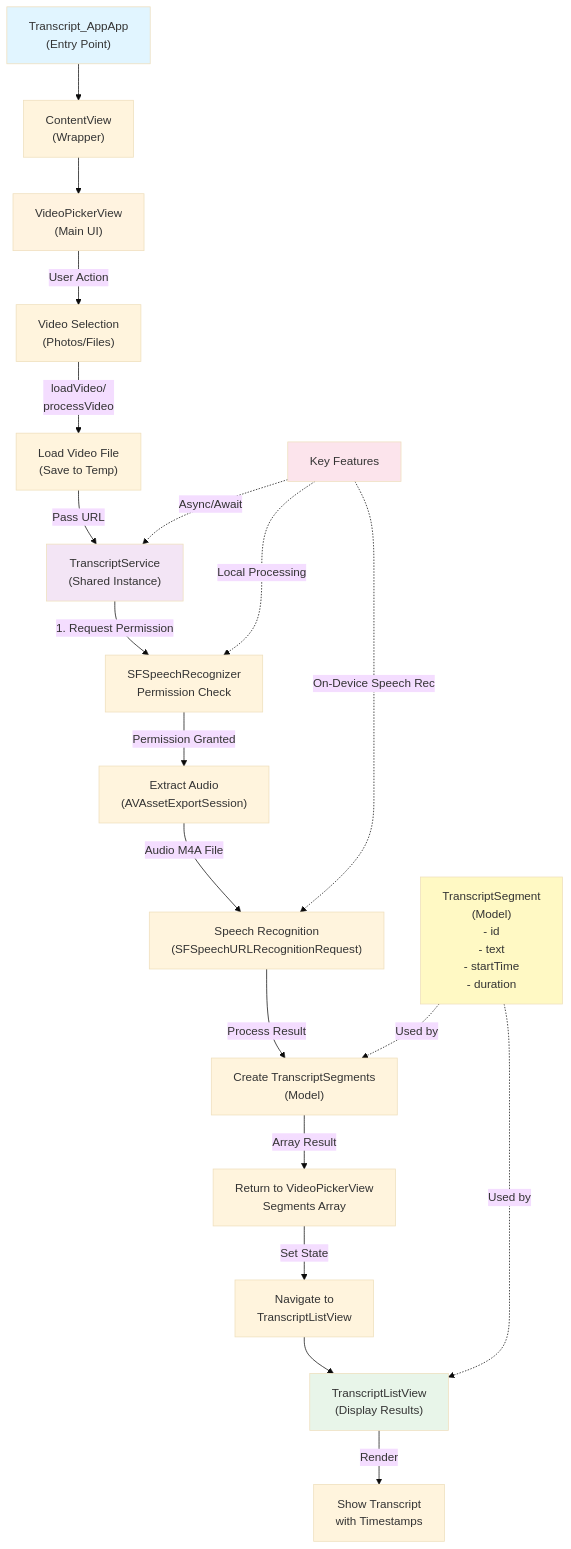
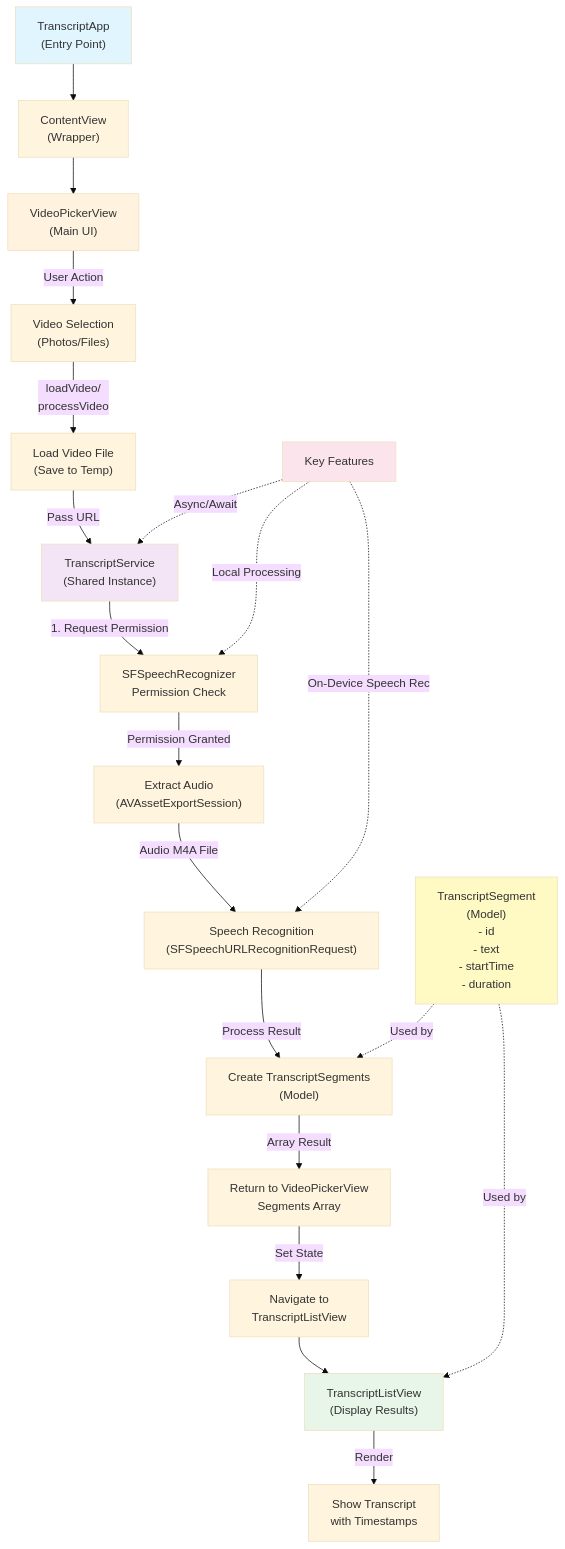
One commit to VineethKumar-2003/Transcript-App changed the diagram in ARCHITECTURE.md. Above: the diagram before and after it, drawn with Mermaid (base theme). The commit also changed other lines of this file and 2 other files, not shown here.

Commit message:
Fix type naming violation: rename Transcript_AppApp to TranscriptApp

````diff
--- a/ARCHITECTURE.md
+++ b/ARCHITECTURE.md
@@ -3,43 +3,43 @@
 ```mermaid
 graph TD
-    A["Transcript_AppApp<br/>(Entry Point)"] --> B["ContentView<br/>(Wrapper)"]
+    A["TranscriptApp<br/>(Entry Point)"] --> B["ContentView<br/>(Wrapper)"]
     
     B --> C["VideoPickerView<br/>(Main UI)"]
     
     C -->|User Action| D["Video Selection<br/>(Photos/Files)"]
     
     D -->|loadVideo/<br/>processVideo| E["Load Video File<br/>(Save to Temp)"]
     
     E -->|Pass URL| F["TranscriptService<br/>(Shared Instance)"]
     
     F -->|1. Request Permission| G["SFSpeechRecognizer<br/>Permission Check"]
     
     G -->|Permission Granted| H["Extract Audio<br/>(AVAssetExportSession)"]
     
     H -->|Audio M4A File| I["Speech Recognition<br/>(SFSpeechURLRecognitionRequest)"]
     
     I -->|Process Result| J["Create TranscriptSegments<br/>(Model)"]
     
     J -->|Array Result| K["Return to VideoPickerView<br/>Segments Array"]
     
     K -->|Set State| L["Navigate to<br/>TranscriptListView"]
     
     L --> M["TranscriptListView<br/>(Display Results)"]
     
     M -->|Render| N["Show Transcript<br/>with Timestamps"]
     
     O["TranscriptSegment<br/>(Model)<br/>- id<br/>- text<br/>- startTime<br/>- duration"] -.->|Used by| J
     O -.->|Used by| M
     
     P["Key Features"]
     P -.->|Local Processing| G
     P -.->|On-Device Speech Rec| I
     P -.->|Async/Await| F
     
     style A fill:#e1f5ff
     style C fill:#fff3e0
     style F fill:#f3e5f5
     style M fill:#e8f5e9
     style O fill:#fff9c4
     style P fill:#fce4ec
 ```
````
